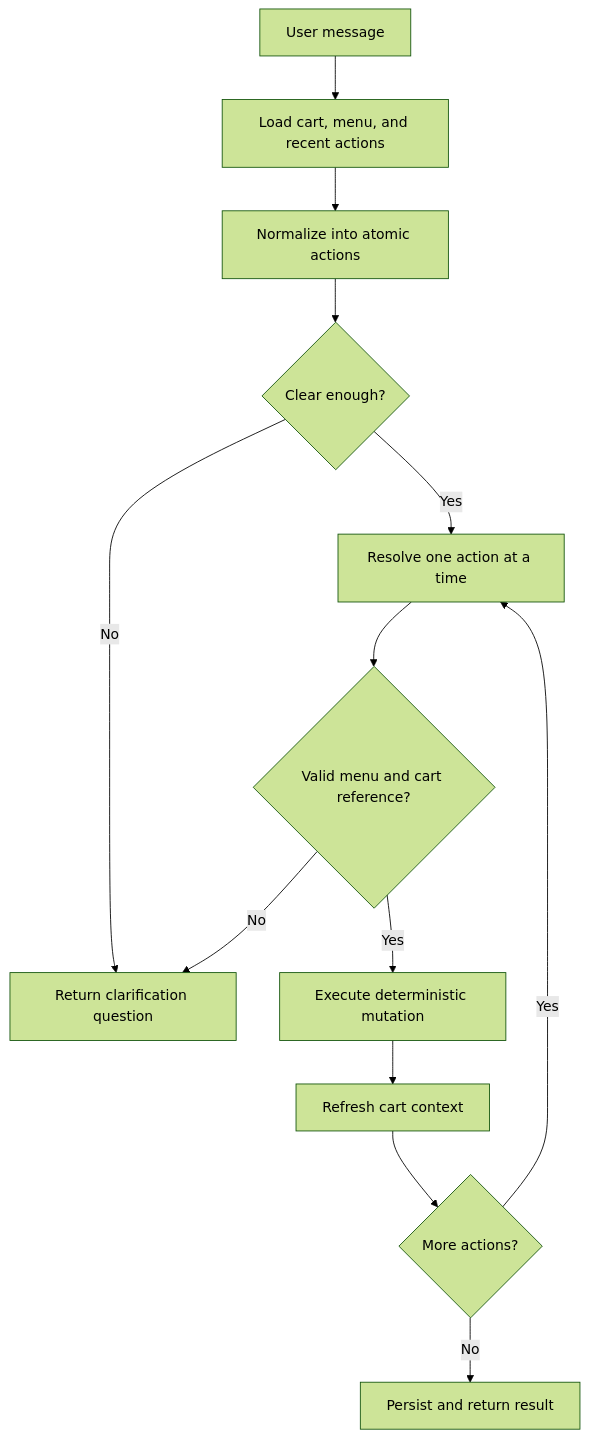
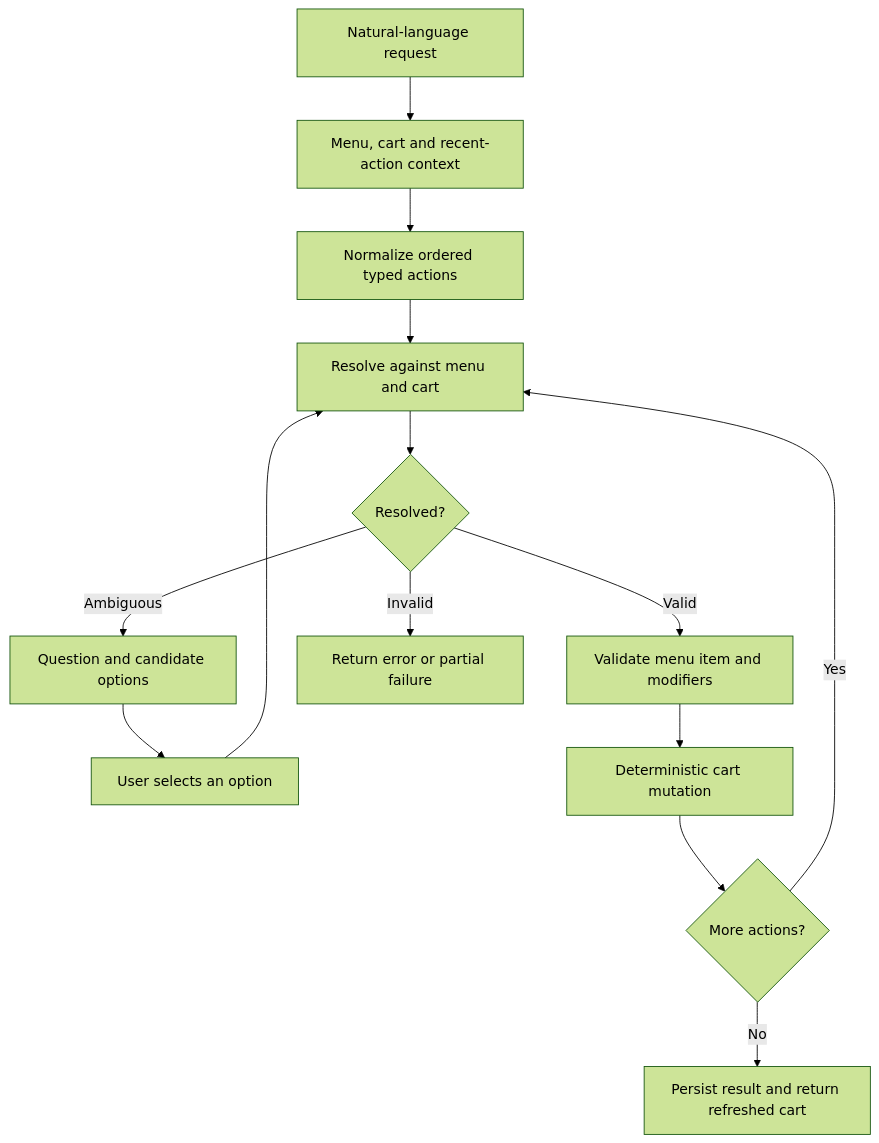
Before and after one commit to zhichzhang/ai-bistro-ordering: the second of 2 diagrams in README.md, drawn with Mermaid (forest theme). The commit also changed other lines of this file and 1 other file, not shown here.

````diff
--- a/README.md
+++ b/README.md
@@ -123,15 +123,16 @@
 ```mermaid
 flowchart TD
-    INPUT["User message"] --> CONTEXT["Load cart, menu, and recent actions"]
-    CONTEXT --> NORM["Normalize into atomic actions"]
-    NORM --> CHECK{"Clear enough?"}
-    CHECK -- "No" --> QUESTION["Return clarification question"]
-    CHECK -- "Yes" --> RESOLVE["Resolve one action at a time"]
-    RESOLVE --> VALIDATE{"Valid menu and cart reference?"}
-    VALIDATE -- "No" --> QUESTION
-    VALIDATE -- "Yes" --> EXECUTE["Execute deterministic mutation"]
-    EXECUTE --> REFRESH["Refresh cart context"]
-    REFRESH --> MORE{"More actions?"}
-    MORE -- "Yes" --> RESOLVE
-    MORE -- "No" --> RESPONSE["Persist and return result"]
+    USER["Natural-language request"] --> CONTEXT["Menu, cart and recent-action context"]
+    CONTEXT --> NORMALIZE["Normalize ordered typed actions"]
+    NORMALIZE --> RESOLVE["Resolve against menu and cart"]
+    RESOLVE --> DECIDE{"Resolved?"}
+    DECIDE -- "Ambiguous" --> OPTIONS["Question and candidate options"]
+    OPTIONS --> SELECT["User selects an option"]
+    SELECT --> RESOLVE
+    DECIDE -- "Valid" --> VALIDATE["Validate menu item and modifiers"]
+    VALIDATE --> EXEC["Deterministic cart mutation"]
+    EXEC --> NEXT{"More actions?"}
+    NEXT -- "Yes" --> RESOLVE
+    NEXT -- "No" --> SAVE["Persist result and return refreshed cart"]
+    DECIDE -- "Invalid" --> ERROR["Return error or partial failure"]
 ```
````
